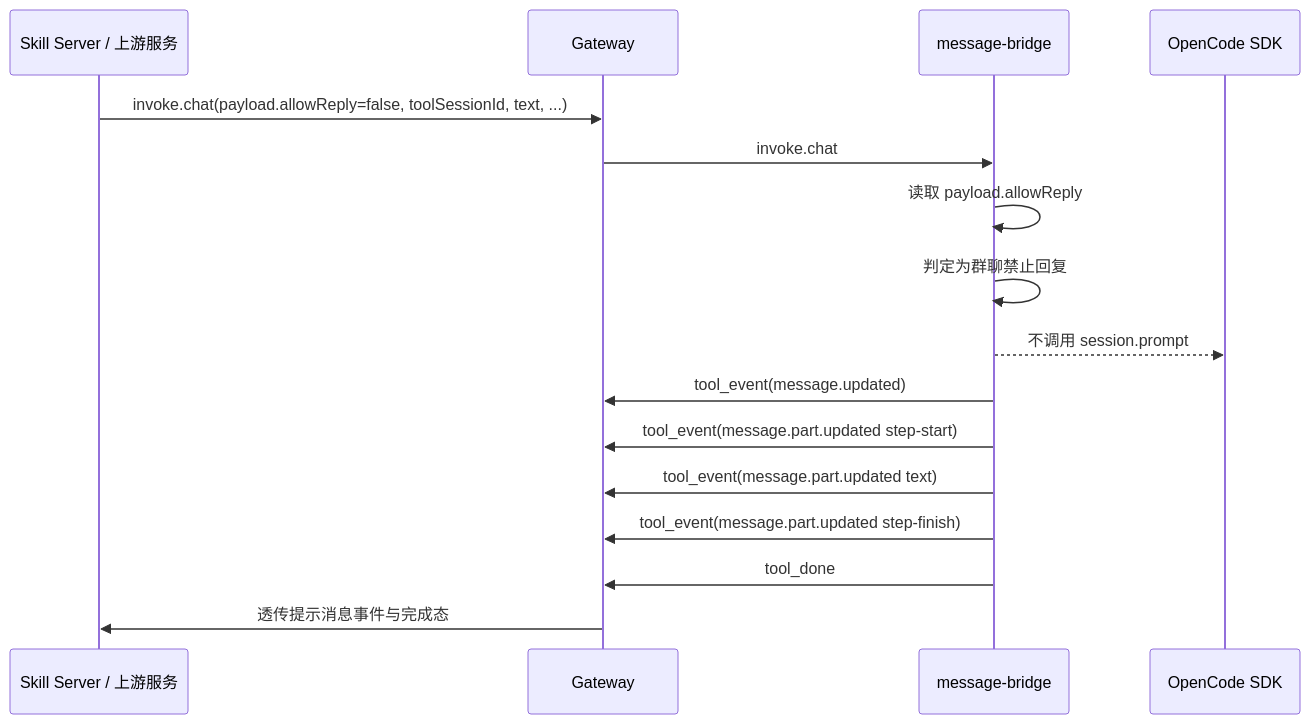
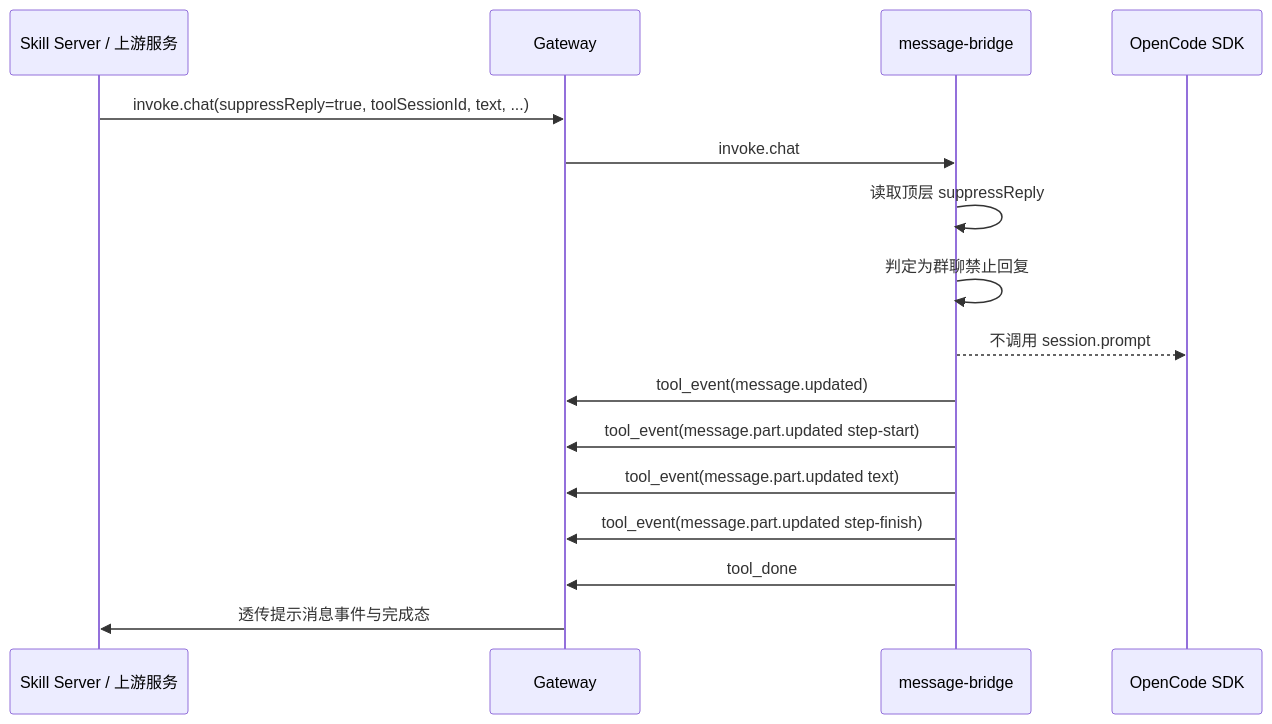
Before and after one commit to yuzhangCZ/agent-plugin: the second of 3 diagrams in plugins/message-bridge/docs/design/group-chat-reply-control-design.md, drawn with Mermaid. The commit also changed other lines of this file and 6 other files, not shown here.

Commit message:
fix(message-bridge): align deny flag with suppressReply

````diff
--- a/plugins/message-bridge/docs/design/group-chat-reply-control-design.md
+++ b/plugins/message-bridge/docs/design/group-chat-reply-control-design.md
@@ -340,19 +349,19 @@
 ```mermaid
 sequenceDiagram
   participant SS as Skill Server / 上游服务
   participant GW as Gateway
   participant MB as message-bridge
   participant OC as OpenCode SDK
 
-  SS->>GW: invoke.chat(payload.allowReply=false, toolSessionId, text, ...)
+  SS->>GW: invoke.chat(suppressReply=true, toolSessionId, text, ...)
   GW->>MB: invoke.chat
-  MB->>MB: 读取 payload.allowReply
+  MB->>MB: 读取顶层 suppressReply
   MB->>MB: 判定为群聊禁止回复
   MB-->>OC: 不调用 session.prompt
   MB->>GW: tool_event(message.updated)
   MB->>GW: tool_event(message.part.updated step-start)
   MB->>GW: tool_event(message.part.updated text)
   MB->>GW: tool_event(message.part.updated step-finish)
   MB->>GW: tool_done
   GW->>SS: 透传提示消息事件与完成态
 ```
````
